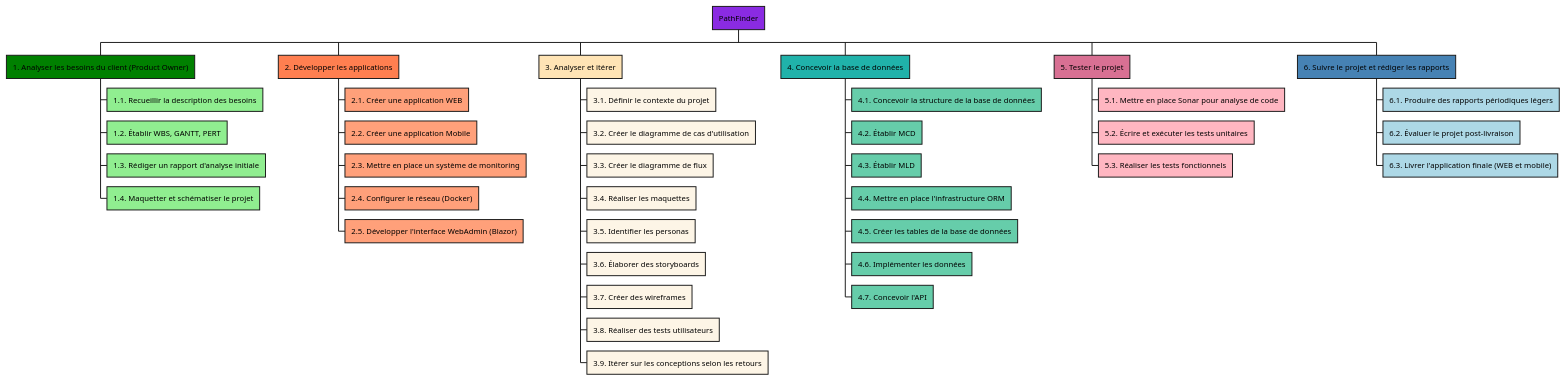
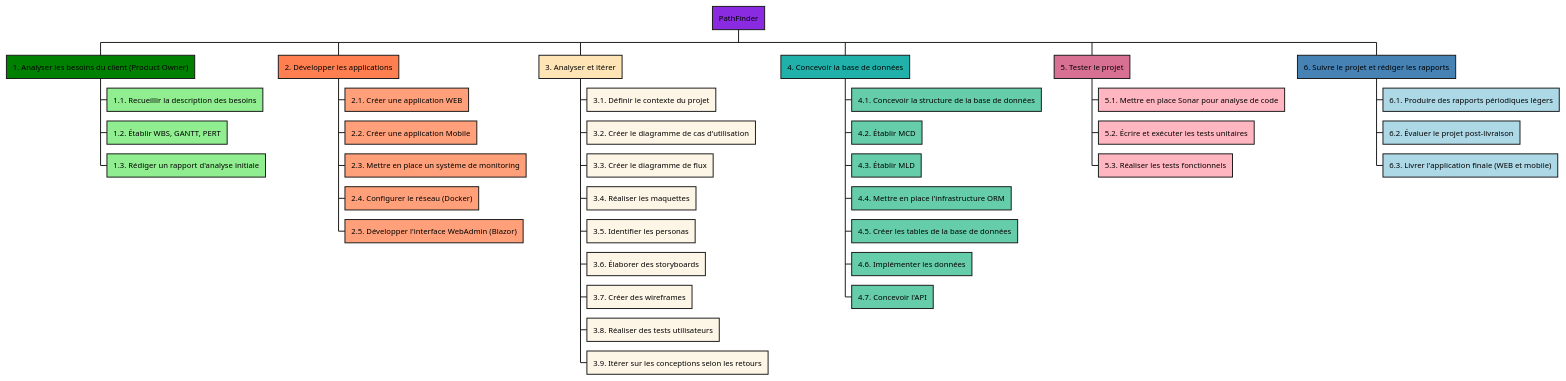
The diagram in Gestion_de_projet/WBS/code (to remove after validation)/WBS_Pathfinder.pu (Duncuth/PathFinder), drawn with PlantUML before and after one commit.

Commit message:
Mise à jour de 'Gestion_de_projet/WBS/code (to remove after validation)/WBS_Pathfinder.pu'

```diff
--- a/Gestion_de_projet/WBS/code (to remove after validation)/WBS_Pathfinder.pu
+++ b/Gestion_de_projet/WBS/code (to remove after validation)/WBS_Pathfinder.pu
@@ -1,40 +1,39 @@
 @startwbs PathFinder
 *[#BlueViolet] PathFinder
 **[#green] 1. Analyser les besoins du client (Product Owner)
 ***[#lightgreen] 1.1. Recueillir la description des besoins
 ***[#lightgreen] 1.2. Établir WBS, GANTT, PERT
 ***[#lightgreen] 1.3. Rédiger un rapport d'analyse initiale
-***[#lightgreen] 1.4. Maquetter et schématiser le projet
 **[#coral] 2. Développer les applications
 ***[#LightSalmon] 2.1. Créer une application WEB
 ***[#LightSalmon] 2.2. Créer une application Mobile
 ***[#LightSalmon] 2.3. Mettre en place un système de monitoring
 ***[#LightSalmon] 2.4. Configurer le réseau (Docker)
 ***[#LightSalmon] 2.5. Développer l'interface WebAdmin (Blazor)
 **[#moccasin] 3. Analyser et itérer
 ***[#oldlace] 3.1. Définir le contexte du projet
 ***[#oldlace] 3.2. Créer le diagramme de cas d'utilisation
 ***[#oldlace] 3.3. Créer le diagramme de flux
 ***[#oldlace] 3.4. Réaliser les maquettes
 ***[#oldlace] 3.5. Identifier les personas
 ***[#oldlace] 3.6. Élaborer des storyboards
 ***[#oldlace] 3.7. Créer des wireframes
 ***[#oldlace] 3.8. Réaliser des tests utilisateurs
 ***[#oldlace] 3.9. Itérer sur les conceptions selon les retours
 **[#lightseagreen] 4. Concevoir la base de données
 ***[#mediumaquamarine] 4.1. Concevoir la structure de la base de données
 ***[#mediumaquamarine] 4.2. Établir MCD
 ***[#mediumaquamarine] 4.3. Établir MLD
 ***[#mediumaquamarine] 4.4. Mettre en place l'infrastructure ORM
 ***[#mediumaquamarine] 4.5. Créer les tables de la base de données
 ***[#mediumaquamarine] 4.6. Implémenter les données
 ***[#mediumaquamarine] 4.7. Concevoir l'API
 **[#PaleVioletRed] 5. Tester le projet
 ***[#LightPink] 5.1. Mettre en place Sonar pour analyse de code
 ***[#LightPink] 5.2. Écrire et exécuter les tests unitaires
 ***[#LightPink] 5.3. Réaliser les tests fonctionnels
 **[#SteelBlue] 6. Suivre le projet et rédiger les rapports
 ***[#LightBlue] 6.1. Produire des rapports périodiques légers
 ***[#LightBlue] 6.2. Évaluer le projet post-livraison
 ***[#LightBlue] 6.3. Livrer l'application finale (WEB et mobile)
 @endwbs
```
